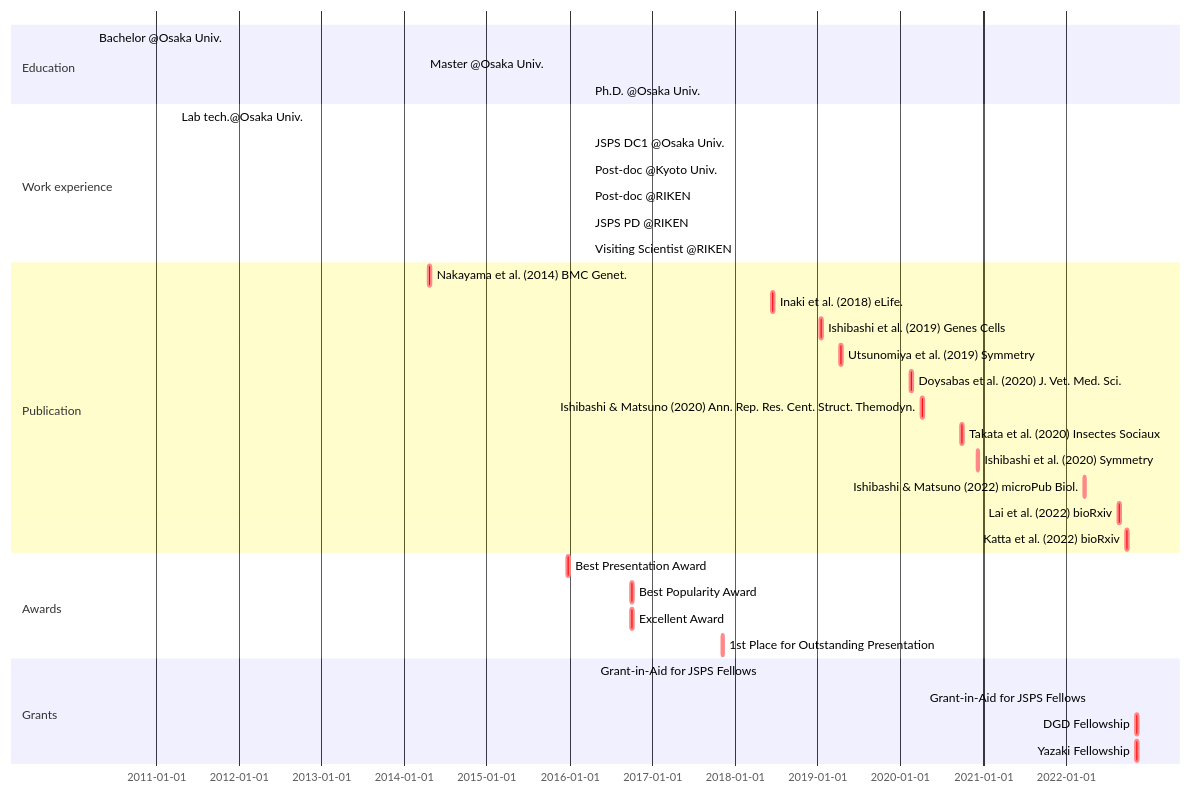
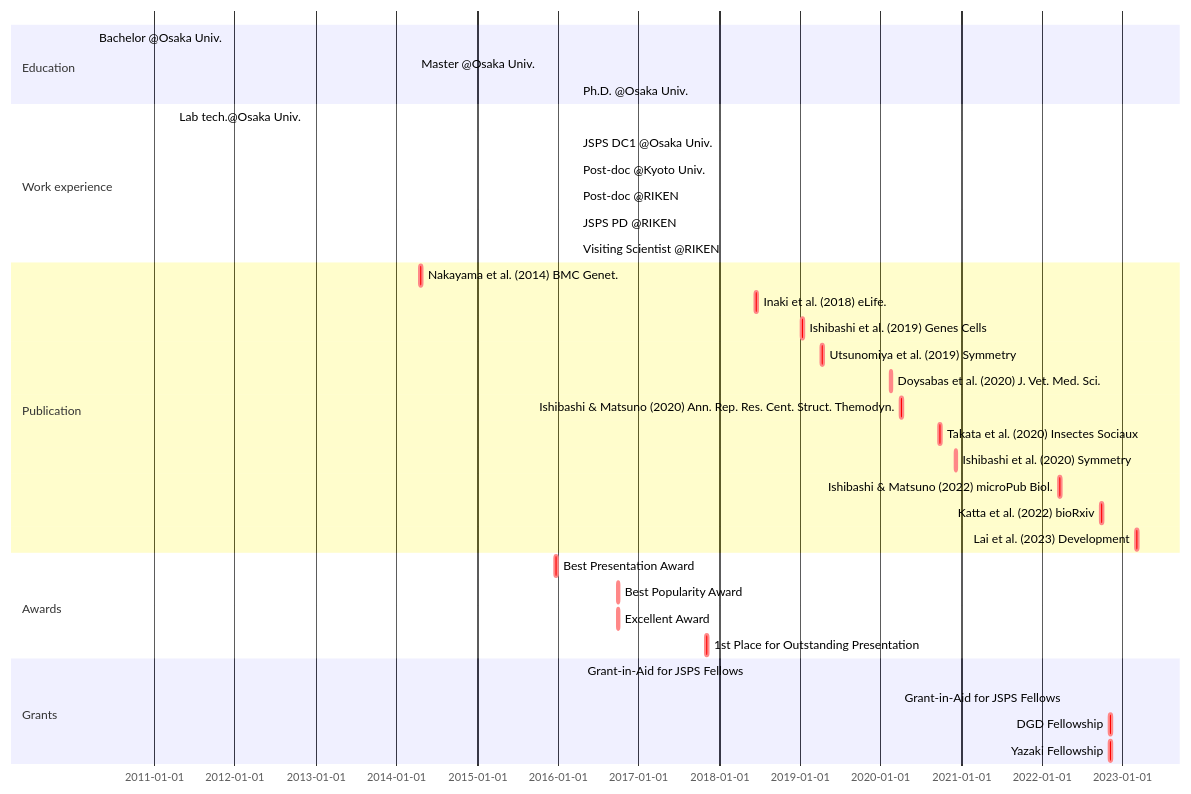
The diagram in _includes/mermaid-cv.md (ishibaki/ishibaki.github.io), drawn with Mermaid before and after one commit.

````diff
--- a/_includes/mermaid-cv.md
+++ b/_includes/mermaid-cv.md
@@ -1,36 +1,36 @@
 ```mermaid
 gantt
 section Education
   Bachelor @Osaka Univ. : BS, 2010-04-01, 2014-03-25
   Master @Osaka Univ.   : MS, 2014-04-01, 2016-03-28
   Ph.D. @Osaka Univ.    : Ph.D., 2016-04-01, 2019-03-25
 section Work experience
   Lab tech.@Osaka Univ.     : done, OU-tech, 2011-04-01, 2012-03-31
   JSPS DC1 @Osaka Univ.     : done, DC1, 2016-04-01, 2019-03-31
   Post-doc @Kyoto Univ.     : done, KU-postdoc, after DC1, 2021-04-30
   Post-doc @RIKEN           : done, RIKEN-postdoc, after KU-postdoc, 2022-03-31
   JSPS PD @RIKEN            : active, PD, after RIKEN-postdoc, 2025-03-31
   Visiting Scientist @RIKEN : active, PD, after RIKEN-postdoc, 2025-03-31
 section Publication
   Nakayama et al. (2014) BMC Genet.         : crit, nakayama2014, 2014-04-16, 2w
   Inaki et al. (2018) eLife.                : crit, inaki2018, 2018-06-12, 2w
   Ishibashi et al. (2019) Genes Cells       : crit, ishibashi2019, 2019-01-09, 2w
   Utsunomiya et al. (2019) Symmetry         : crit, utsunomiya2019, 2019-04-08, 2w
   Doysabas et al. (2020) J. Vet. Med. Sci.  : crit, doysabas2020, 2020-02-12, 2w
   Ishibashi & Matsuno (2020) Ann. Rep. Res. Cent. Struct. Themodyn. : crit, ishibashi2020a, 2020-04-01, 2w
   Takata et al. (2020) Insectes Sociaux     : crit, takata2020, 2020-09-22, 2w
   Ishibashi et al. (2020) Symmetry          : crit, ishibashi2020b, 2020-12-02, 2w
   Ishibashi & Matsuno (2022) microPub Biol. : crit, ishibashi2022, 2022-03-18, 2w
-  Lai et al. (2022) bioRxiv                 : crit, Lai2022, 2022-08-20, 2w
   Katta et al. (2022) bioRxiv               : crit, Katta2022, 2022-09-22, 2w
+  Lai et al. (2023) Development             : crit, Lai2023, 2023-03-02, 2w
 section Awards
   Best Presentation Award                : crit, aw_1, 2015-12-20, 2w
   Best Popularity Award                  : crit, aw_2, 2016-09-25, 2w
   Excellent Award                        : crit, aw_3, 2016-09-25, 2w
   1st Place for Outstanding Presentation : crit, aw_4, 2017-11-01, 2w
 section Grants
   Grant-in-Aid for JSPS Fellows : done, grant_DC1, 2016-04-22, 2019-03-31
   Grant-in-Aid for JSPS Fellows : active, grant_PD, 2022-04-22, 2025-03-31
   DGD Fellowship:                 crit, dgd_fellowship, 2022-11-04, 2w
   Yazaki Fellowship:              crit, yazaki_fellowship, 2022-11-04, 2w
 ```
````
